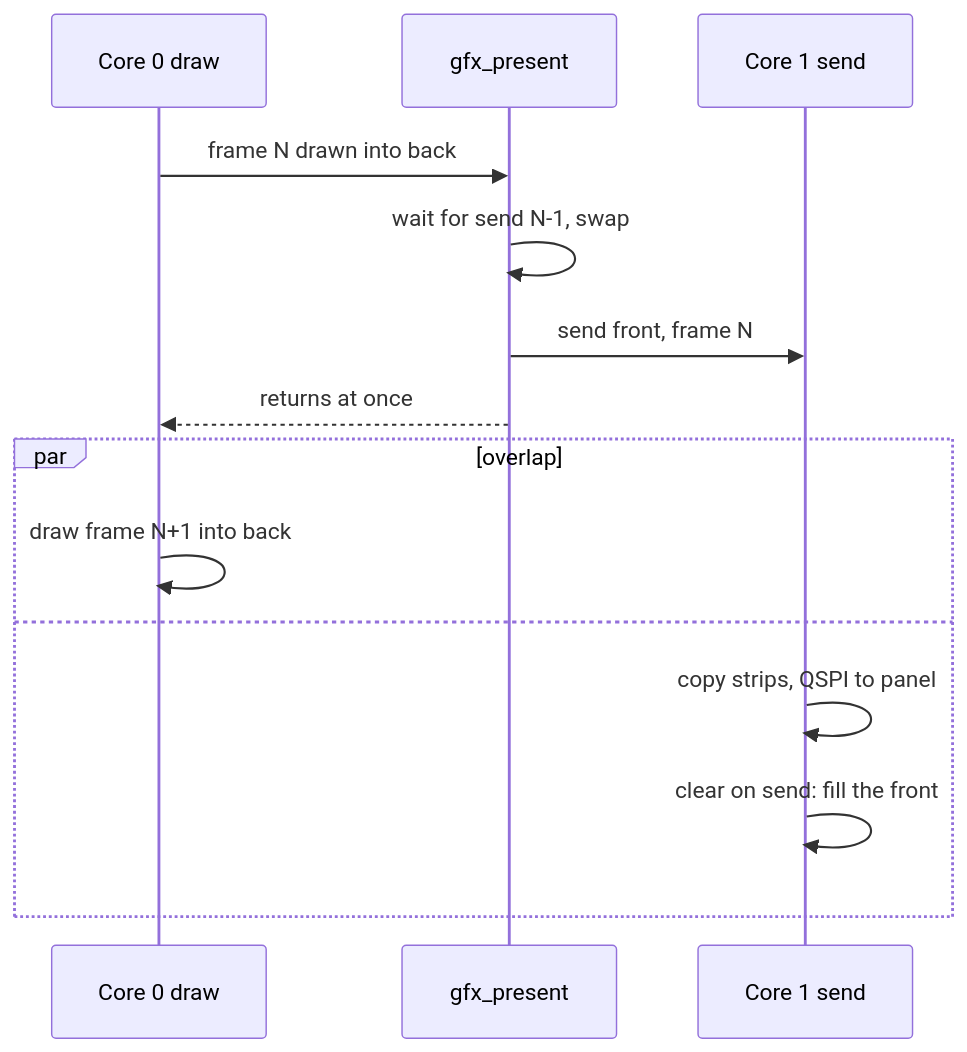
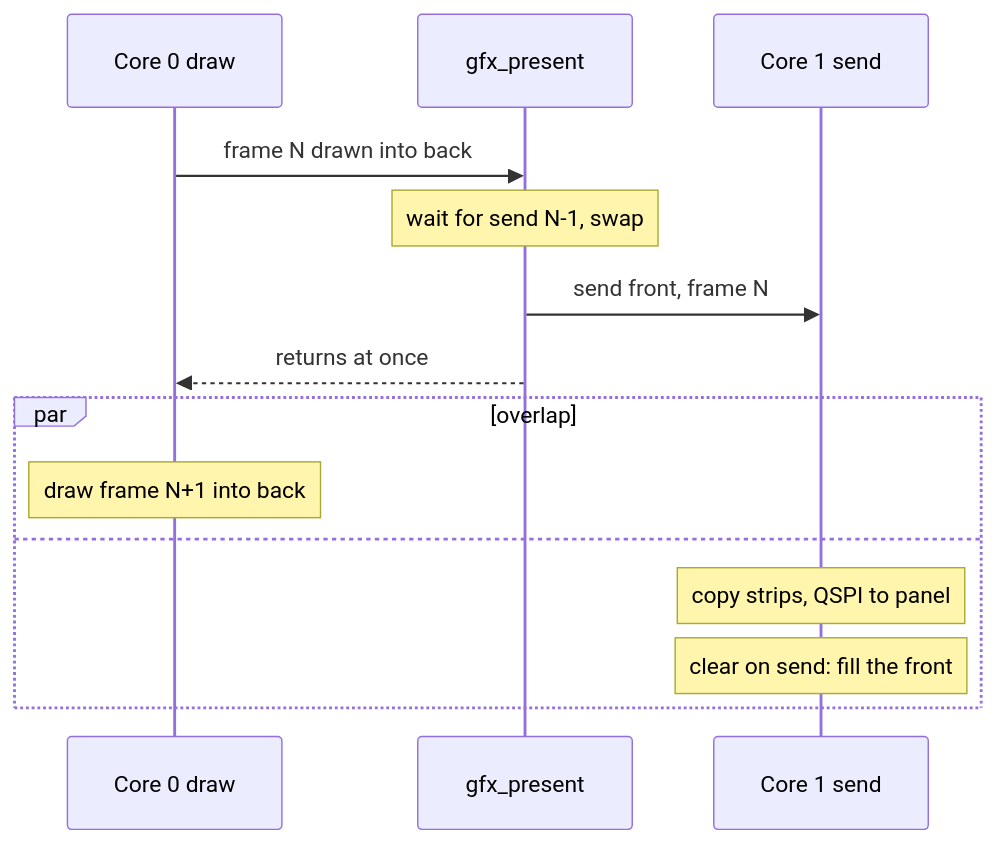
The third of 3 diagrams in docs/gfx/Present.md (jose-villegas/autana), drawn with Mermaid before and after one commit. The commit also changed other lines of this file and 2 other files, not shown here.

Commit message:
docs: fix overlapping labels in the frame-loop, present and UI diagrams (autana-s9u0)

````diff
--- a/docs/gfx/Present.md
+++ b/docs/gfx/Present.md
@@ -71,16 +71,16 @@
 ```mermaid
 sequenceDiagram
     participant Core0 as Core 0 draw
     participant Gfx as gfx_present
     participant Core1 as Core 1 send
     Core0->>Gfx: frame N drawn into back
-    Gfx->>Gfx: wait for send N-1, swap
+    Note over Gfx: wait for send N-1, swap
     Gfx->>Core1: send front, frame N
     Gfx-->>Core0: returns at once
     par overlap
-        Core0->>Core0: draw frame N+1 into back
+        Note over Core0: draw frame N+1 into back
     and
-        Core1->>Core1: copy strips, QSPI to panel
-        Core1->>Core1: clear on send: fill the front
+        Note over Core1: copy strips, QSPI to panel
+        Note over Core1: clear on send: fill the front
     end
 ```
````
